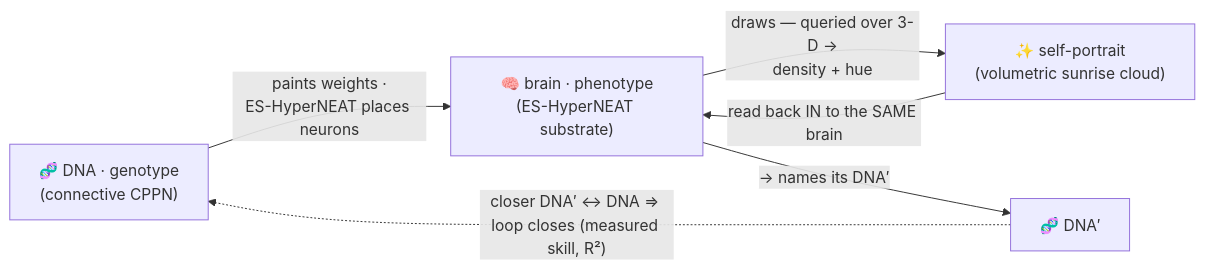
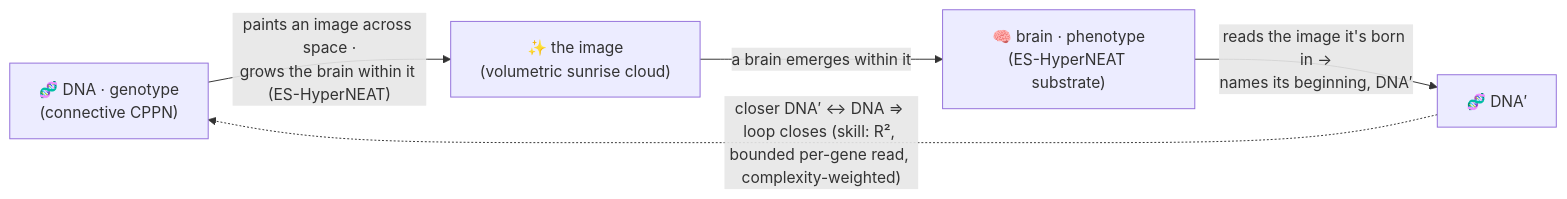
Before and after one commit to admiralakber/autograph: the diagram in README.md, drawn with Mermaid. The commit also changed other lines of this file and 20 other files, not shown here.

````diff
--- a/README.md
+++ b/README.md
@@ -36,8 +36,7 @@
 ```mermaid
 flowchart LR
-  DNA["🧬 DNA · genotype<br/>(connective CPPN)"] -->|"paints weights ·<br/>ES-HyperNEAT places neurons"| PHENO["🧠 brain · phenotype<br/>(ES-HyperNEAT substrate)"]
-  PHENO -->|"draws — queried over 3-D →<br/>density + hue"| ART["✨ self-portrait<br/>(volumetric sunrise cloud)"]
-  ART -->|"read back IN to the SAME brain"| PHENO
-  PHENO -->|"→ names its DNA′"| DNA2["🧬 DNA′"]
-  DNA2 -. "closer DNA′ ↔ DNA ⇒ loop closes (measured skill, R²)" .-> DNA
+  DNA["🧬 DNA · genotype<br/>(connective CPPN)"] -->|"paints an image across space ·<br/>grows the brain within it (ES-HyperNEAT)"| ART["✨ the image<br/>(volumetric sunrise cloud)"]
+  ART -->|"a brain emerges within it"| PHENO["🧠 brain · phenotype<br/>(ES-HyperNEAT substrate)"]
+  PHENO -->|"reads the image it's born in →<br/>names its beginning, DNA′"| DNA2["🧬 DNA′"]
+  DNA2 -. "closer DNA′ ↔ DNA ⇒ loop closes (skill: R², bounded per-gene read, complexity-weighted)" .-> DNA
 ```
````
